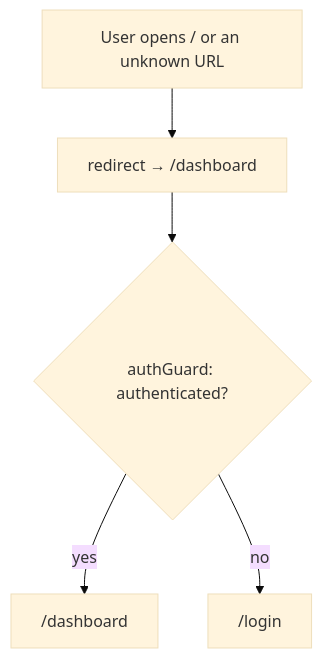
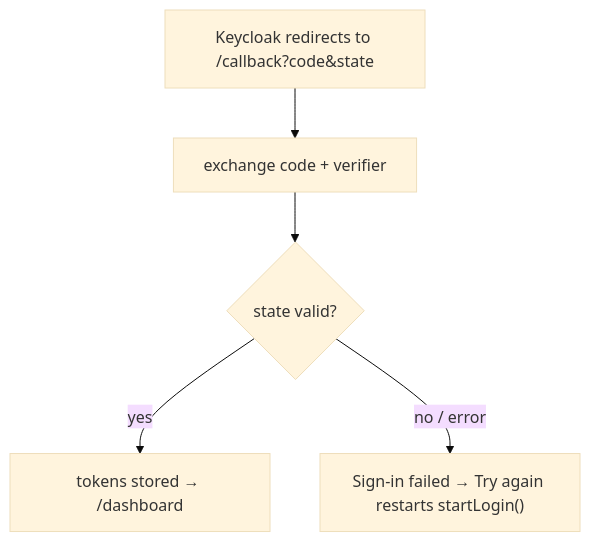
The fifth of 6 diagrams in docs/auth/authentication-authorization.md (MatheusWith/Rumoo), drawn with Mermaid (base theme) before and after one commit. The commit also changed other lines of this file and 20 other files, not shown here.

First line of the commit message:
feat(frontend): migrate auth from ROPC to Authorization Code + PKCE (#12)

````diff
--- a/docs/auth/authentication-authorization.md
+++ b/docs/auth/authentication-authorization.md
@@ -266,7 +256,7 @@
 ```mermaid
 flowchart TD
-    R["User opens / or an unknown URL"] --> S["redirect → /dashboard"]
-    S --> T{authGuard: authenticated?}
-    T -->|"yes"| U["/dashboard"]
-    T -->|"no"| V["/login"]
+    C["Keycloak redirects to /callback?code&state"] --> CL["exchange code + verifier"]
+    CL --> CS{"state valid?"}
+    CS -->|"yes"| CD["tokens stored → /dashboard"]
+    CS -->|"no / error"| CE["Sign-in failed → Try again restarts startLogin()"]
 ```
````
